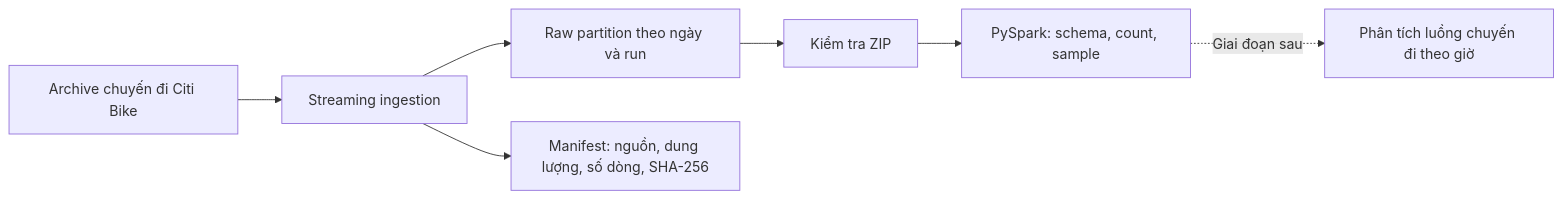
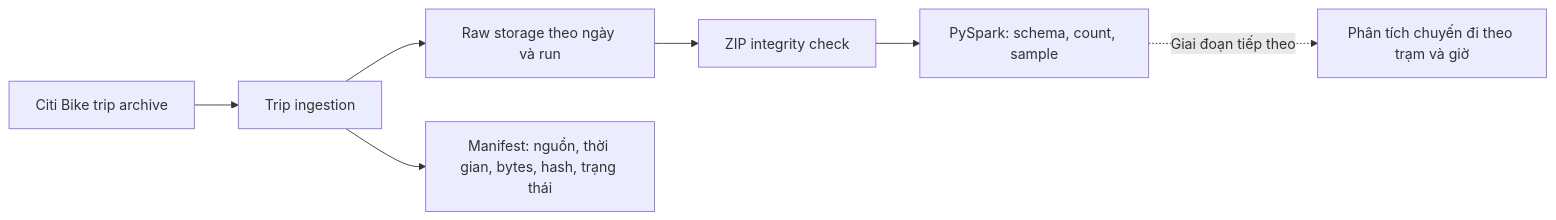
One commit to Cayder123/CitiBike-StationPulse changed the diagram in README.md. Above: the diagram before and after it, drawn with Mermaid. The commit also changed other lines of this file, not shown here.

````diff
--- a/README.md
+++ b/README.md
@@ -31,9 +32,9 @@
 ```mermaid
 flowchart LR
-    A[Archive chuyến đi Citi Bike] --> B[Streaming ingestion]
-    B --> C[Raw partition theo ngày và run]
-    B --> D[Manifest: nguồn, dung lượng, số dòng, SHA-256]
-    C --> E[Kiểm tra ZIP]
+    A[Citi Bike trip archive] --> B[Trip ingestion]
+    B --> C[Raw storage theo ngày và run]
+    B --> D[Manifest: nguồn, thời gian, bytes, hash, trạng thái]
+    C --> E[ZIP integrity check]
     E --> F[PySpark: schema, count, sample]
-    F -. Giai đoạn sau .-> G[Phân tích luồng chuyến đi theo giờ]
+    F -. Giai đoạn tiếp theo .-> G[Phân tích chuyến đi theo trạm và giờ]
 ```
````
